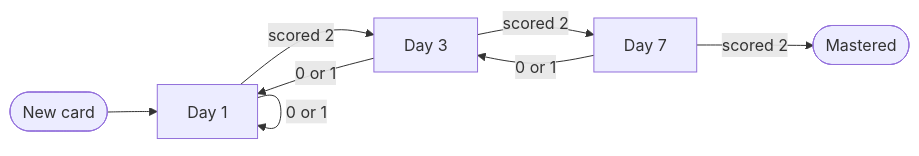
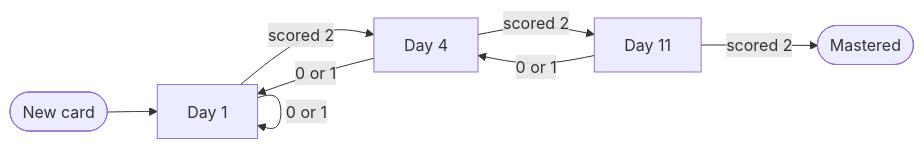
Before and after one commit to Khaan25/session-coach: the second of 2 diagrams in README.md, drawn with Mermaid. The commit also changed other lines of this file and 34 other files, not shown here.

````diff
--- a/README.md
+++ b/README.md
@@ -40,10 +40,10 @@
 ```mermaid
 flowchart LR
     new([New card]) --> d1[Day 1]
-    d1 -- "scored 2" --> d3[Day 3]
-    d3 -- "scored 2" --> d7[Day 7]
+    d1 -- "scored 2" --> d3[Day 4]
+    d3 -- "scored 2" --> d7[Day 11]
     d7 -- "scored 2" --> m([Mastered])
     d1 -- "0 or 1" --> d1
     d3 -- "0 or 1" --> d1
     d7 -- "0 or 1" --> d3
 ```
````
